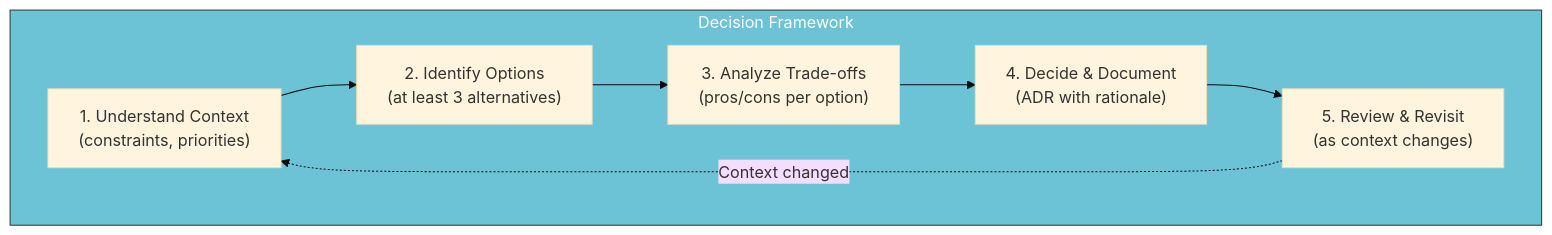
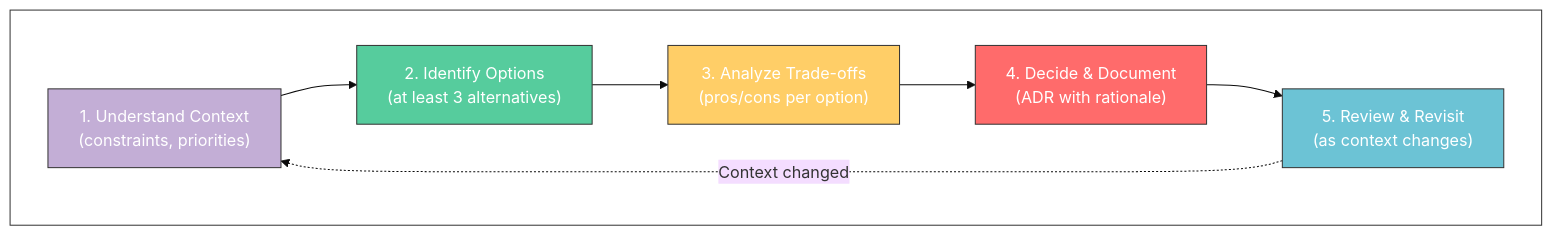
The ninth of 10 diagrams in posts/ai-architect/AI-Architect-Interview-QA-1.qmd (tanquangduong/tanquangduong.github.io), drawn with Mermaid (base theme) before and after one commit. The commit also changed other lines of this file and 10 other files, not shown here.

````diff
--- a/posts/ai-architect/AI-Architect-Interview-QA-1.qmd
+++ b/posts/ai-architect/AI-Architect-Interview-QA-1.qmd
@@ -738,15 +738,20 @@
 ```{mermaid}
 graph TD
     subgraph Framework["Decision Framework"]
         CONTEXT["1. Understand Context<br/>(constraints, priorities)"]
         OPTIONS["2. Identify Options<br/>(at least 3 alternatives)"]
         ANALYZE["3. Analyze Trade-offs<br/>(pros/cons per option)"]
         DECIDE["4. Decide & Document<br/>(ADR with rationale)"]
         REVIEW["5. Review & Revisit<br/>(as context changes)"]
     end
 
     CONTEXT --> OPTIONS --> ANALYZE --> DECIDE --> REVIEW
     REVIEW -.->|"Context changed"| CONTEXT
 
-    style Framework fill:#6cc3d5,stroke:#333,color:#fff
+    style Framework fill:#fff,stroke:#333,color:#fff
+    style CONTEXT fill:#c3aed6,stroke:#333,color:#fff
+    style OPTIONS fill:#56cc9d,stroke:#333,color:#fff
+    style ANALYZE fill:#ffce67,stroke:#333,color:#fff
+    style DECIDE fill:#ff6b6b,stroke:#333,color:#fff
+    style REVIEW fill:#6cc3d5,stroke:#333,color:#fff
 ```
````
